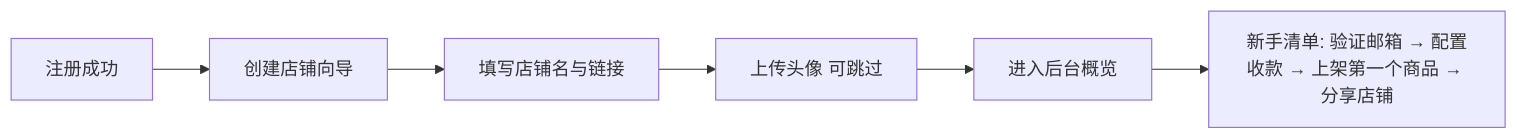
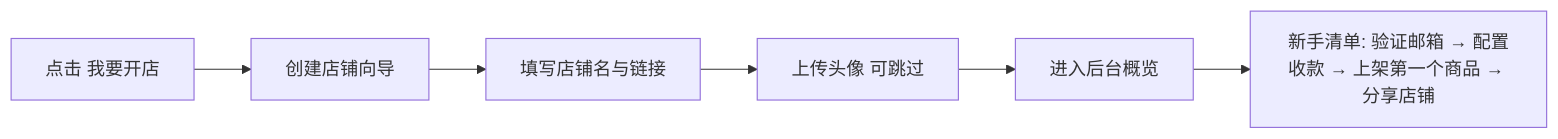
The first of 2 diagrams in docs/prd/02-shop.md (star132-bot/MkClou), drawn with Mermaid before and after one commit. The commit also changed other lines of this file and 8 other files, not shown here.

````diff
--- a/docs/prd/02-shop.md
+++ b/docs/prd/02-shop.md
@@ -25,8 +25,8 @@
 ```mermaid
 flowchart LR
-    A[注册成功] --> B[创建店铺向导]
+    A[点击 我要开店] --> B[创建店铺向导]
     B --> C[填写店铺名与链接]
     C --> D[上传头像 可跳过]
     D --> E[进入后台概览]
     E --> F[新手清单: 验证邮箱 → 配置收款 → 上架第一个商品 → 分享店铺]
 ```
````
